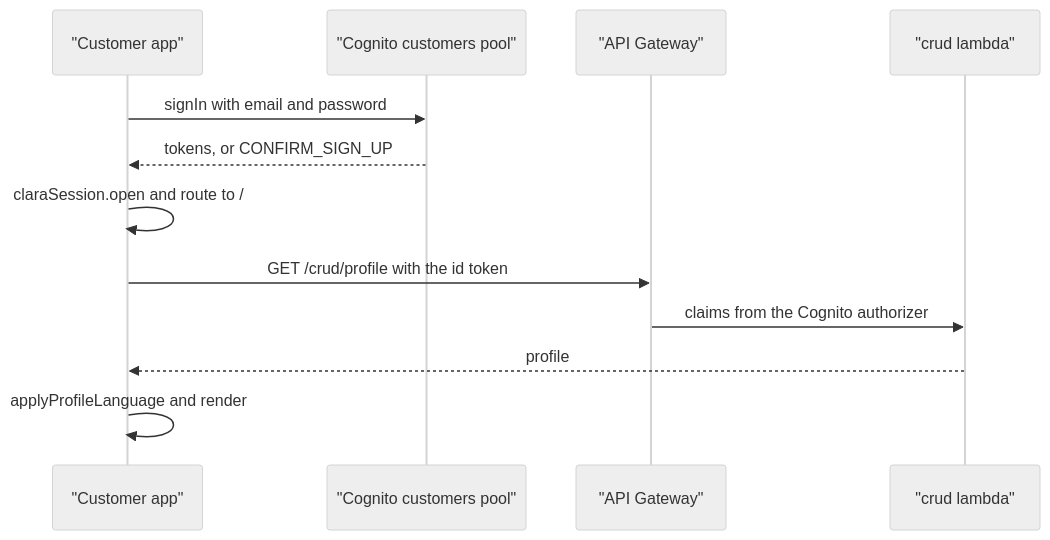
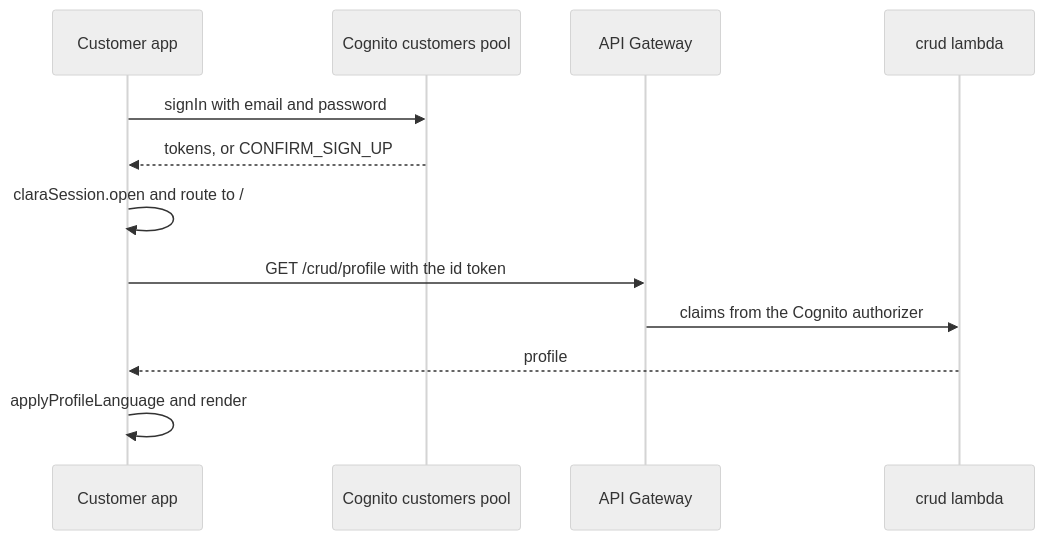
Diagram 13 of 17 in docs/modules/assistant/flows.md (Team-ACGS/factored-hackathon-2026-acgs), drawn with Mermaid (neutral theme) before and after one commit. The commit also changed other lines of this file and 6 other files, not shown here.

Commit message:
docs(assistant,cases,data,identity,messaging): reviewer findings on flows and readme, round 2

````diff
--- a/docs/modules/assistant/flows.md
+++ b/docs/modules/assistant/flows.md
@@ -436,14 +444,14 @@
 ```mermaid
 sequenceDiagram
-  participant App as "Customer app"
-  participant Cognito as "Cognito customers pool"
-  participant Gateway as "API Gateway"
-  participant Crud as "crud lambda"
+  participant App as Customer app
+  participant Cognito as Cognito customers pool
+  participant Gateway as API Gateway
+  participant Crud as crud lambda
   App->>Cognito: signIn with email and password
   Cognito-->>App: tokens, or CONFIRM_SIGN_UP
   App->>App: claraSession.open and route to /
   App->>Gateway: GET /crud/profile with the id token
   Gateway->>Crud: claims from the Cognito authorizer
   Crud-->>App: profile
   App->>App: applyProfileLanguage and render
 ```
````
